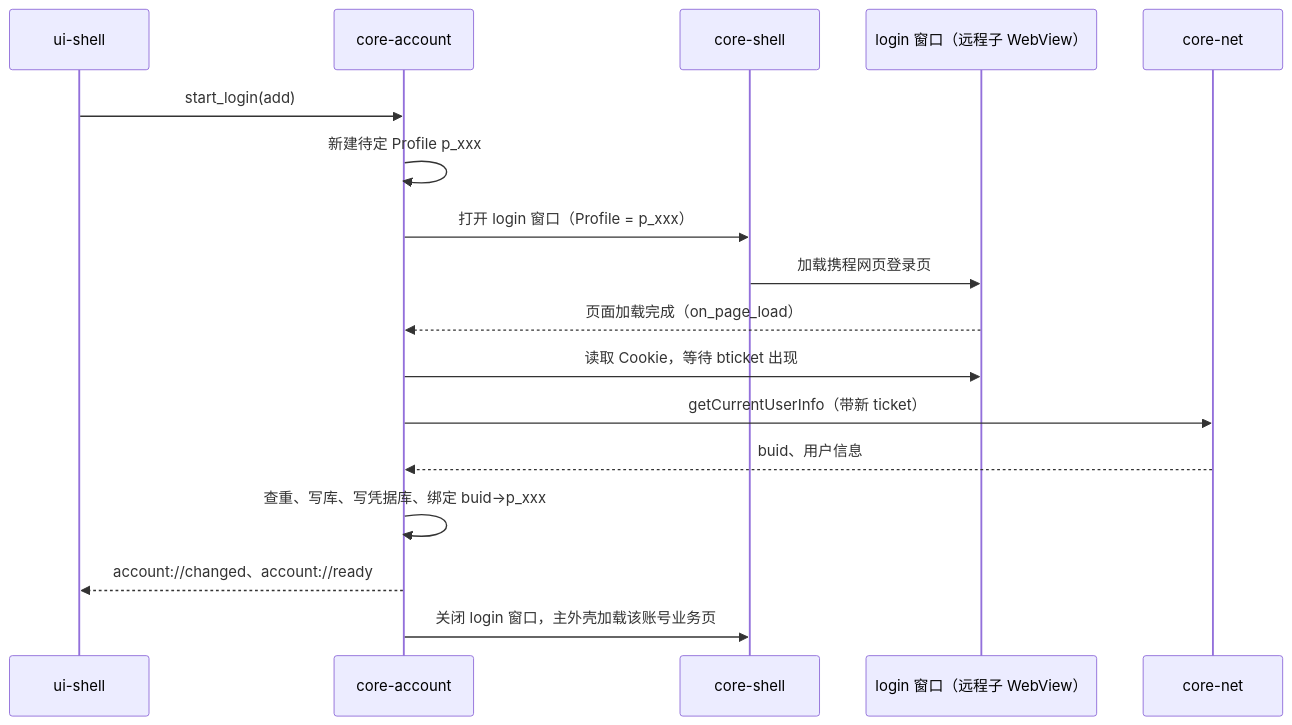
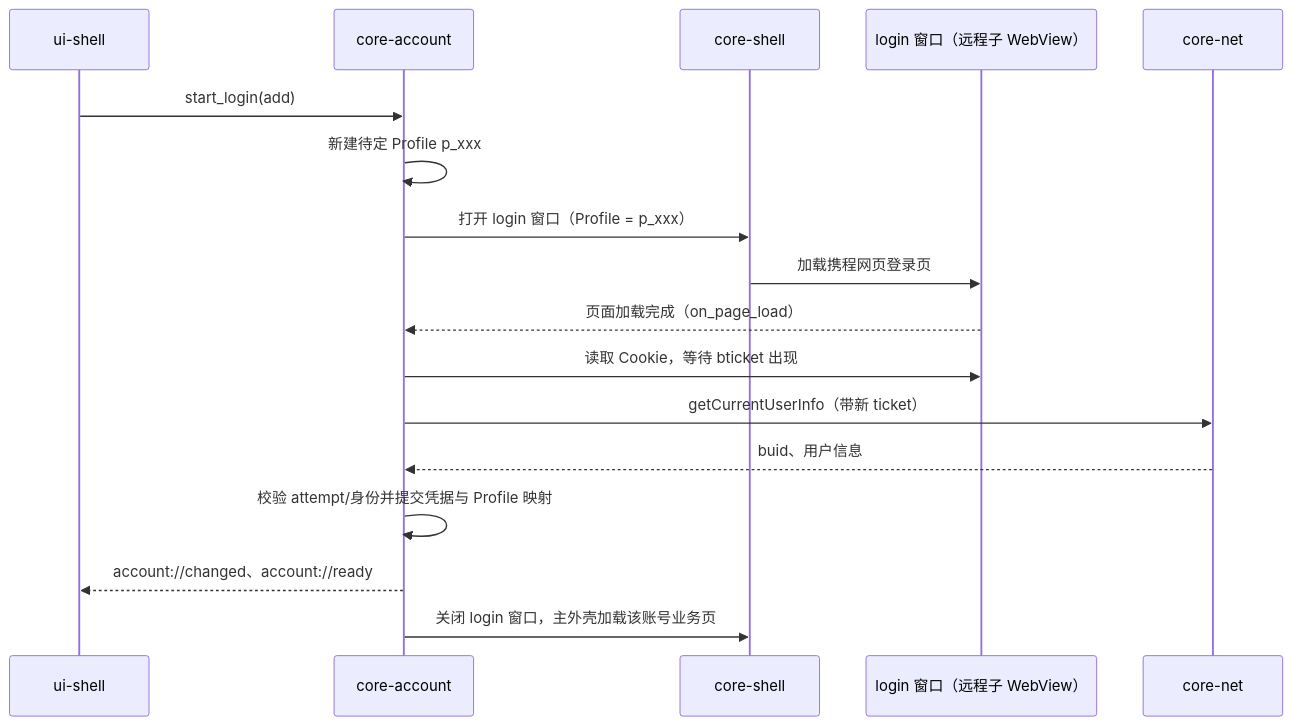
The diagram in docs/dev/02-account-login.md (meruchan0623/Ctrip-vbk-refact), drawn with Mermaid before and after one commit. The commit also changed other lines of this file and 31 other files, not shown here.

First line of the commit message:
Update architecture plans from final review

````diff
--- a/docs/dev/02-account-login.md
+++ b/docs/dev/02-account-login.md
@@ -270,19 +289,19 @@
 ```mermaid
 sequenceDiagram
   participant S as ui-shell
   participant A as core-account
   participant H as core-shell
   participant L as login 窗口（远程子 WebView）
   participant N as core-net
   S->>A: start_login(add)
   A->>A: 新建待定 Profile p_xxx
   A->>H: 打开 login 窗口（Profile = p_xxx）
   H->>L: 加载携程网页登录页
   L-->>A: 页面加载完成（on_page_load）
   A->>L: 读取 Cookie，等待 bticket 出现
   A->>N: getCurrentUserInfo（带新 ticket）
   N-->>A: buid、用户信息
-  A->>A: 查重、写库、写凭据库、绑定 buid→p_xxx
+  A->>A: 校验 attempt/身份并提交凭据与 Profile 映射
   A-->>S: account://changed、account://ready
   A->>H: 关闭 login 窗口，主外壳加载该账号业务页
 ```
````
